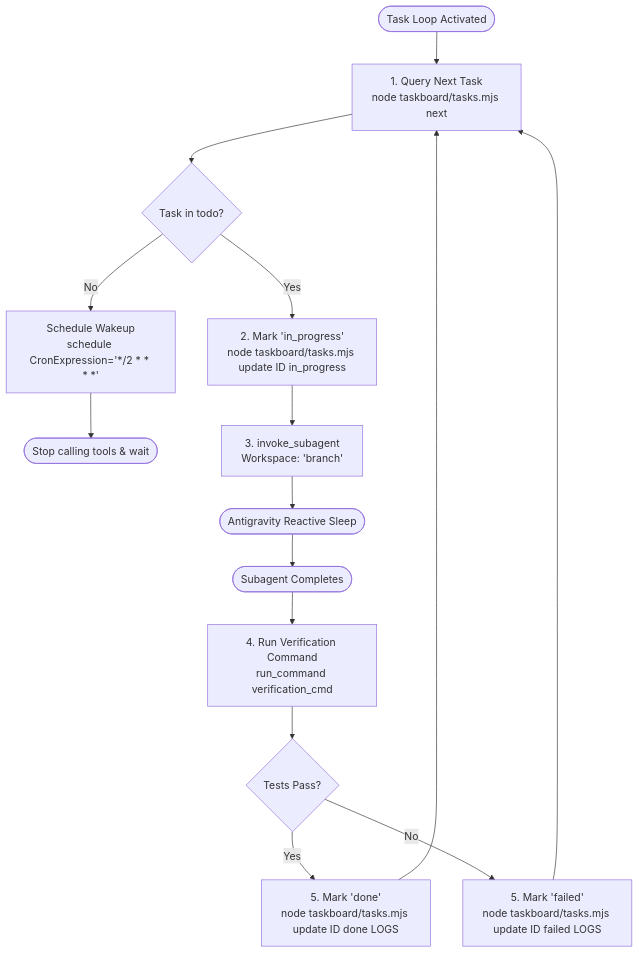
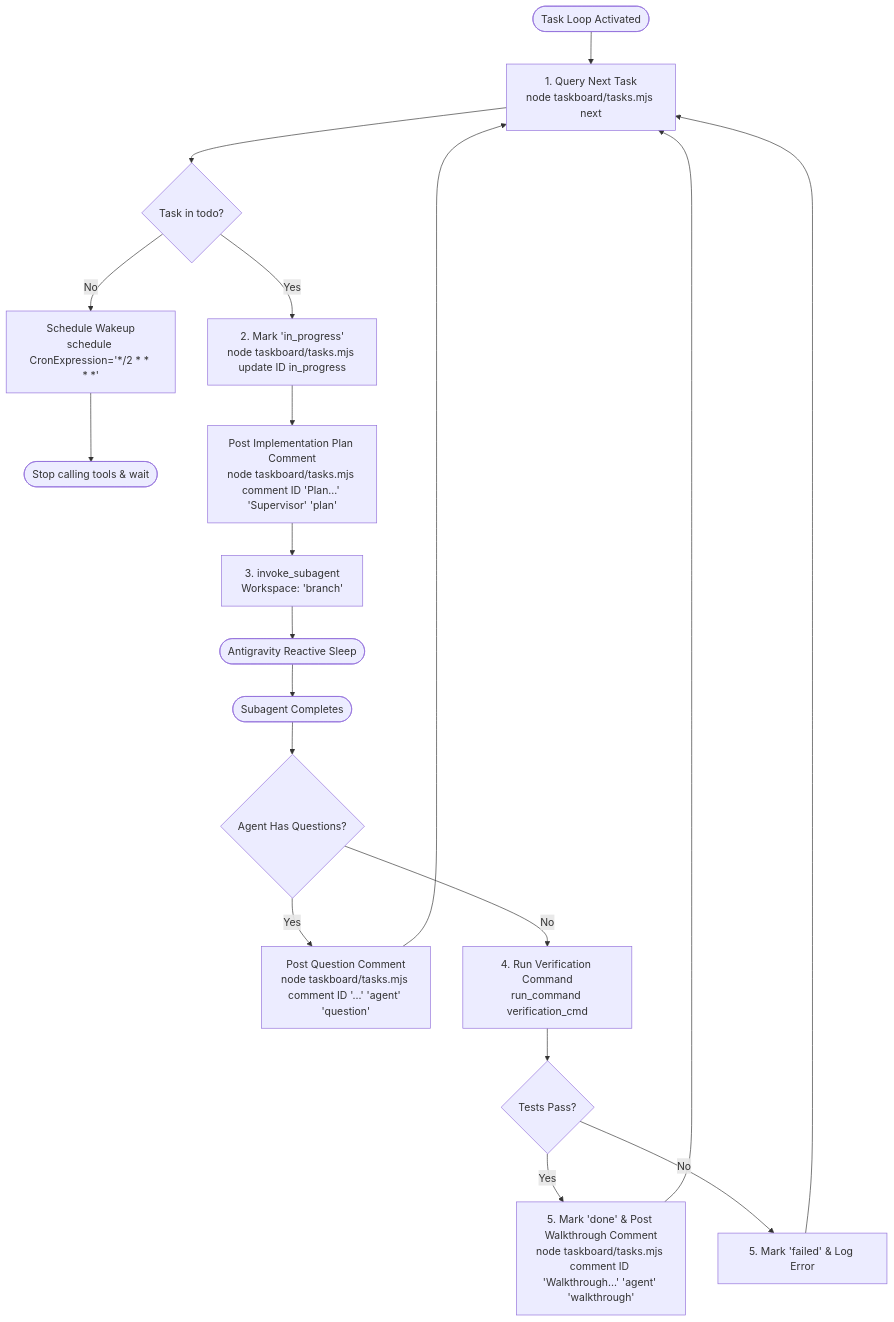
The diagram in skills/task-loop/SKILL.md (svylabs/antigravity-taskboard), drawn with Mermaid before and after one commit. The commit also changed other lines of this file and 3 other files, not shown here.

Commit message:
feat: add task comments, questions, implementation plans, and walkthroughs

````diff
--- a/skills/task-loop/SKILL.md
+++ b/skills/task-loop/SKILL.md
@@ -32,22 +40,27 @@
 ```mermaid
 flowchart TD
     Start([Task Loop Activated]) --> Check[1. Query Next Task\nnode taskboard/tasks.mjs next]
     Check --> Found{Task in todo?}
     
     Found -->|No| Schedule[Schedule Wakeup\nschedule CronExpression='*/2 * * * *']
     Schedule --> Yield([Stop calling tools & wait])
     
     Found -->|Yes| Claim[2. Mark 'in_progress'\nnode taskboard/tasks.mjs update ID in_progress]
-    Claim --> Spawn[3. invoke_subagent\nWorkspace: 'branch']
+    Claim --> Plan[Post Implementation Plan Comment\nnode taskboard/tasks.mjs comment ID 'Plan...' 'Supervisor' 'plan']
+    Plan --> Spawn[3. invoke_subagent\nWorkspace: 'branch']
     Spawn --> Sleep([Antigravity Reactive Sleep])
     
     Sleep --> Wakeup([Subagent Completes])
-    Wakeup --> Verify[4. Run Verification Command\nrun_command verification_cmd]
+    Wakeup --> HasQuestions{Agent Has Questions?}
+    HasQuestions -->|Yes| PostQ[Post Question Comment\nnode taskboard/tasks.mjs comment ID '...' 'agent' 'question']
+    PostQ --> Check
+    
+    HasQuestions -->|No| Verify[4. Run Verification Command\nrun_command verification_cmd]
     
     Verify --> TestPass{Tests Pass?}
-    TestPass -->|Yes| MarkDone[5. Mark 'done'\nnode taskboard/tasks.mjs update ID done LOGS]
-    TestPass -->|No| MarkFail[5. Mark 'failed'\nnode taskboard/tasks.mjs update ID failed LOGS]
+    TestPass -->|Yes| MarkDone[5. Mark 'done' & Post Walkthrough Comment\nnode taskboard/tasks.mjs comment ID 'Walkthrough...' 'agent' 'walkthrough']
+    TestPass -->|No| MarkFail[5. Mark 'failed' & Log Error]
     
     MarkDone --> Check
     MarkFail --> Check
 ```
````
